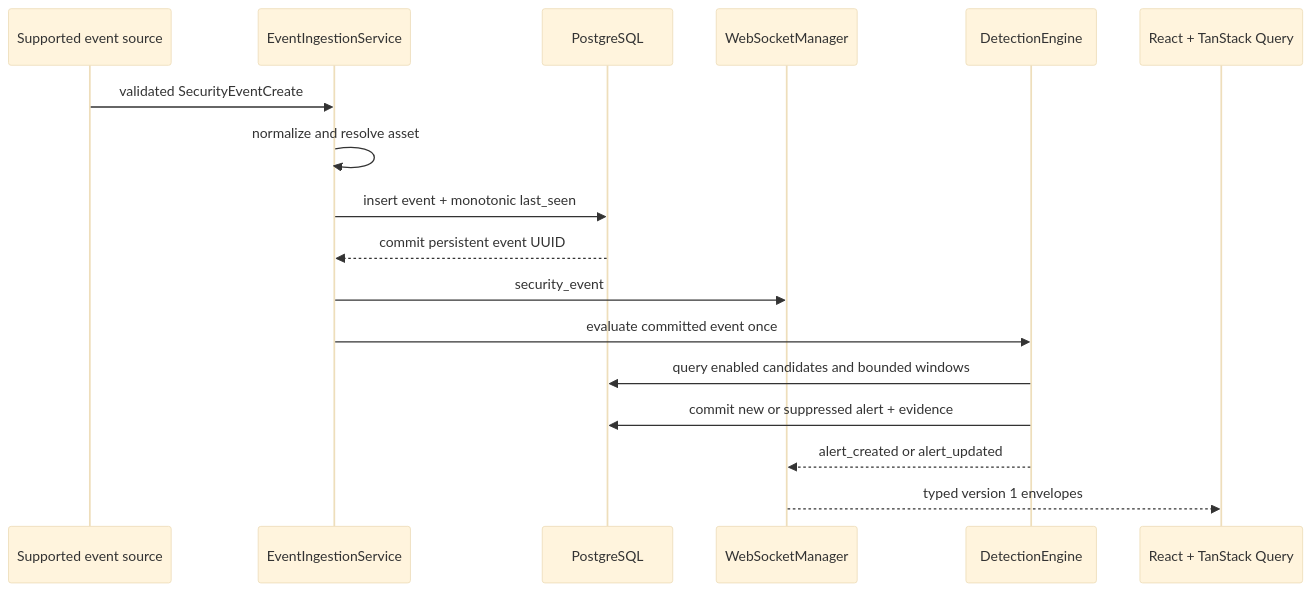
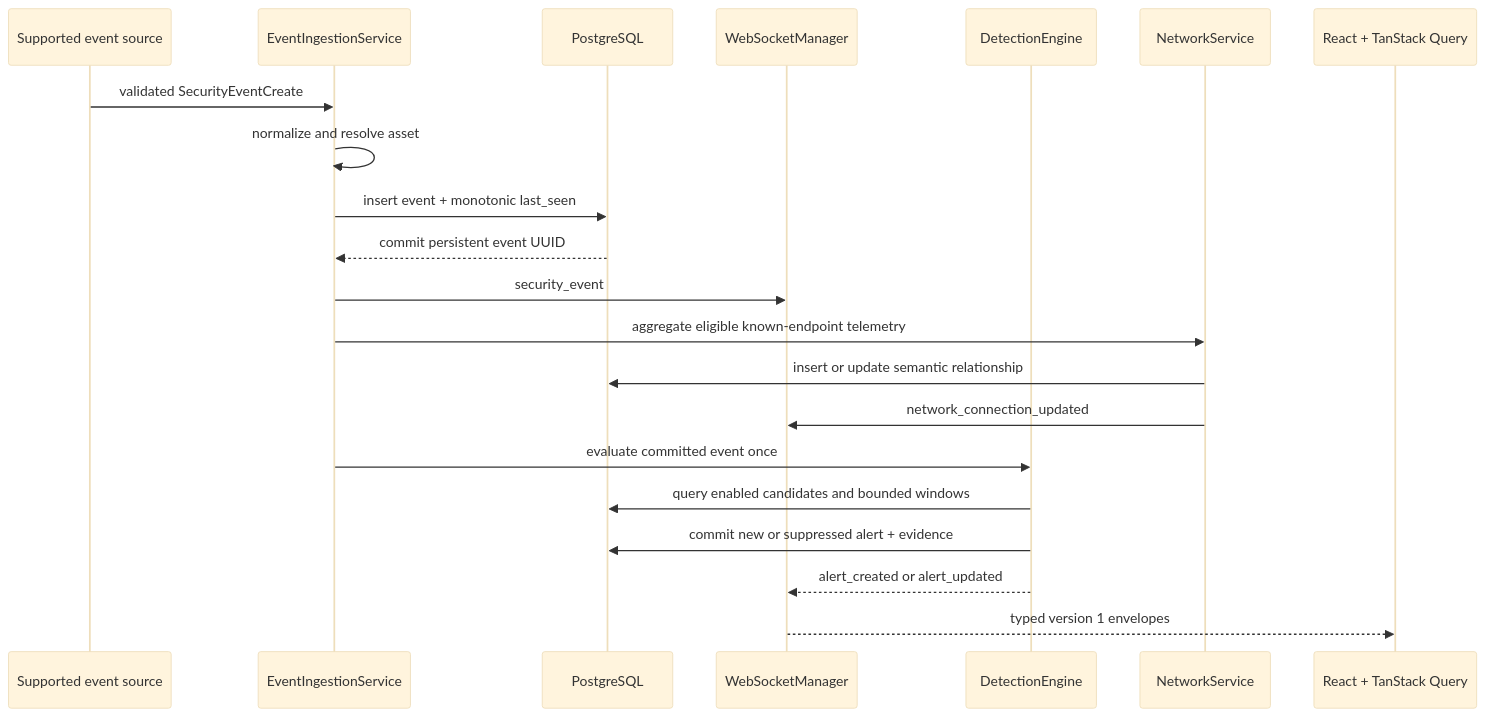
One commit to Mayroskapnos/sentinel-security-platform changed the third of 4 diagrams in docs/architecture.md. Above: the diagram before and after it, drawn with Mermaid (base theme). The commit also changed other lines of this file and 43 other files, not shown here.

````diff
--- a/docs/architecture.md
+++ b/docs/architecture.md
@@ -86,19 +90,23 @@
 ```mermaid
 sequenceDiagram
     participant Source as Supported event source
     participant Ingest as EventIngestionService
     participant DB as PostgreSQL
     participant WS as WebSocketManager
     participant Engine as DetectionEngine
+    participant Network as NetworkService
     participant UI as React + TanStack Query
     Source->>Ingest: validated SecurityEventCreate
     Ingest->>Ingest: normalize and resolve asset
     Ingest->>DB: insert event + monotonic last_seen
     DB-->>Ingest: commit persistent event UUID
     Ingest->>WS: security_event
+    Ingest->>Network: aggregate eligible known-endpoint telemetry
+    Network->>DB: insert or update semantic relationship
+    Network->>WS: network_connection_updated
     Ingest->>Engine: evaluate committed event once
     Engine->>DB: query enabled candidates and bounded windows
     Engine->>DB: commit new or suppressed alert + evidence
     Engine-->>WS: alert_created or alert_updated
     WS-->>UI: typed version 1 envelopes
 ```
````
